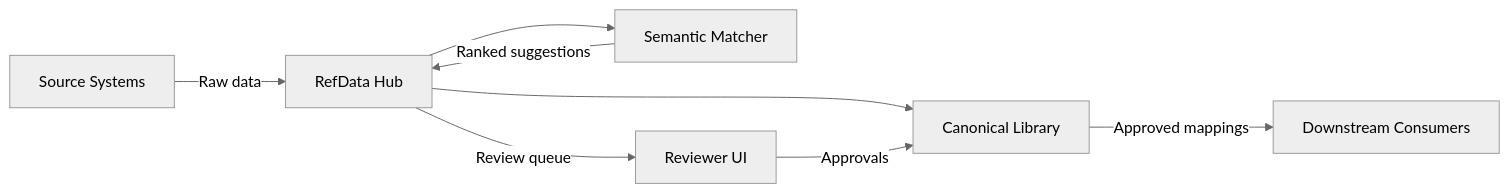
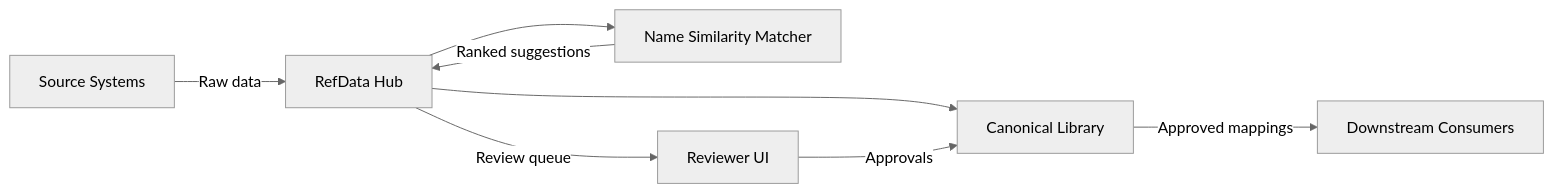
The diagram in docs/index.md (rezer-bleede/refdata-hub), drawn with Mermaid (neutral theme) before and after one commit. The commit also changed other lines of this file and 44 other files, not shown here.

Commit message:
feat(matcher): replace embeddings with name similarity

````diff
--- a/docs/index.md
+++ b/docs/index.md
@@ -133,10 +133,10 @@
 ```mermaid
 graph LR
     A[Source Systems] -->|Raw data| B[RefData Hub]
-    B --> C[Semantic Matcher]
+    B --> C[Name Similarity Matcher]
     B --> D[Canonical Library]
     D -->|Approved mappings| E[Downstream Consumers]
     C -->|Ranked suggestions| B
     B -->|Review queue| F[Reviewer UI]
     F -->|Approvals| D
 ```
````
